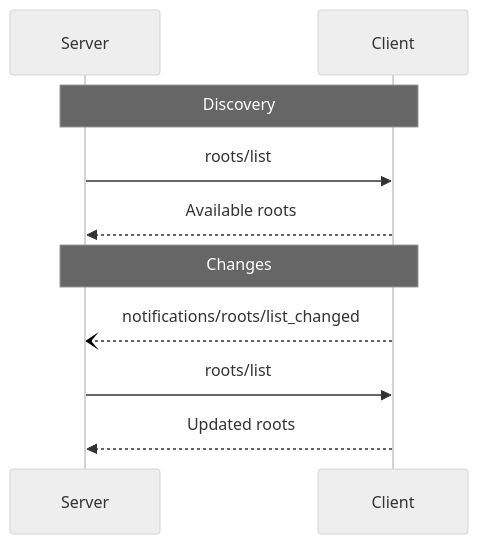
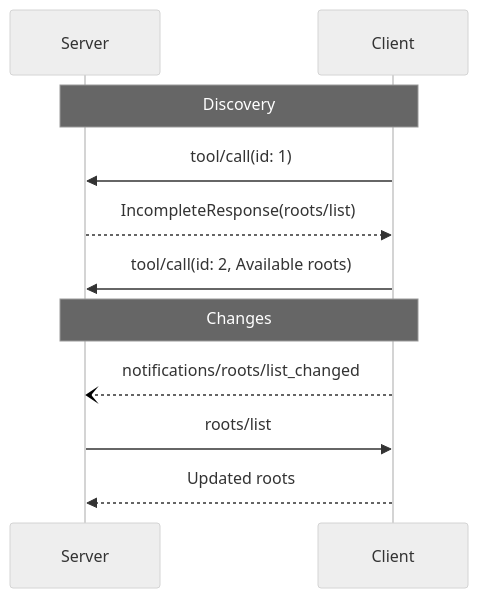
The diagram in docs/specification/draft/client/roots.mdx (modelcontextprotocol/modelcontextprotocol), drawn with Mermaid (neutral theme) before and after one commit. The commit also changed other lines of this file, not shown here.

Commit message:
update roots docs

````diff
--- a/docs/specification/draft/client/roots.mdx
+++ b/docs/specification/draft/client/roots.mdx
@@ -104,14 +101,15 @@
 ```mermaid
 sequenceDiagram
     participant Server
     participant Client
 
     Note over Server,Client: Discovery
-    Server->>Client: roots/list
-    Client-->>Server: Available roots
+    Client->>Server: tool/call(id: 1)
+    Server-->>Client: IncompleteResponse(roots/list)
+    Client->>Server: tool/call(id: 2, Available roots)
 
     Note over Server,Client: Changes
     Client--)Server: notifications/roots/list_changed
     Server->>Client: roots/list
     Client-->>Server: Updated roots
 ```
````
